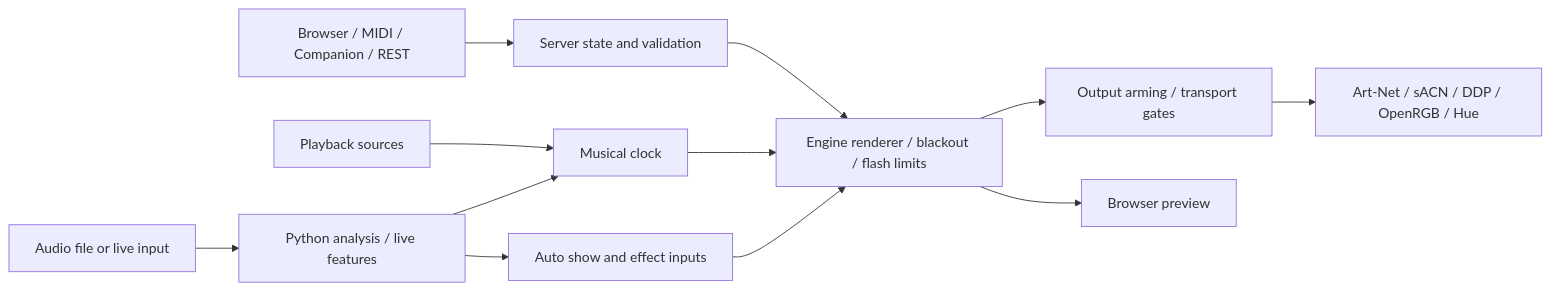
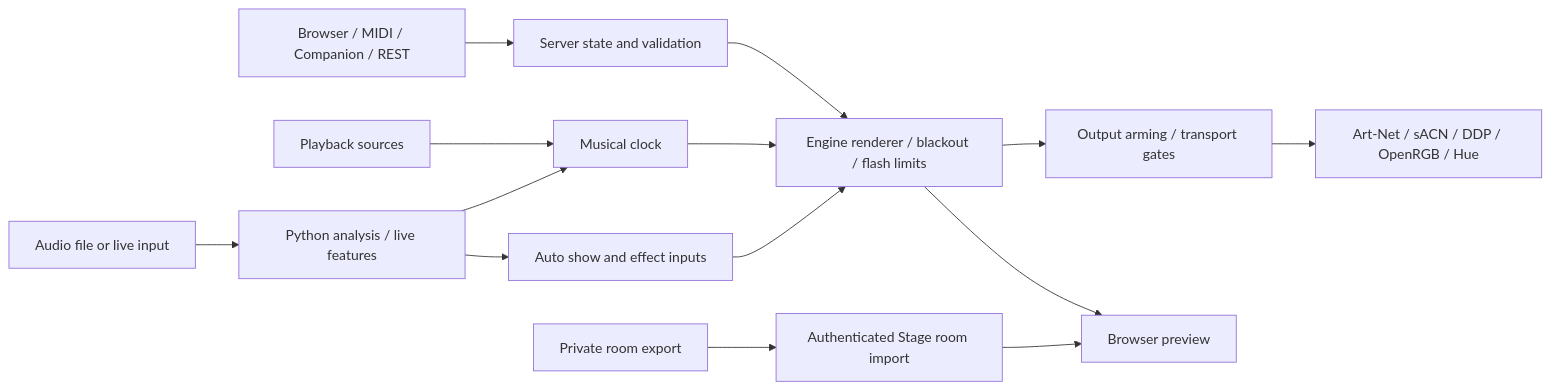
The diagram in README.md (tyclab/artnet-lightshow), drawn with Mermaid before and after one commit. The commit also changed other lines of this file and 50 other files, not shown here.

Commit message:
feat: add private room Stage and complete core editing workflows

````diff
--- a/README.md
+++ b/README.md
@@ -10,14 +15,16 @@
 ```mermaid
 flowchart LR
   Controls[Browser / MIDI / Companion / REST] --> Server[Server state and validation]
   Playback[Playback sources] --> Clock[Musical clock]
   Audio[Audio file or live input] --> Analysis[Python analysis / live features]
   Analysis --> Show[Auto show and effect inputs]
   Analysis --> Clock
   Clock --> Engine[Engine renderer / blackout / flash limits]
   Server --> Engine
   Show --> Engine
   Engine --> Preview[Browser preview]
+  Room[Private room export] --> RoomAPI[Authenticated Stage room import]
+  RoomAPI --> Preview
   Engine --> Guard[Output arming / transport gates]
   Guard --> Outputs[Art-Net / sACN / DDP / OpenRGB / Hue]
 ```
````
